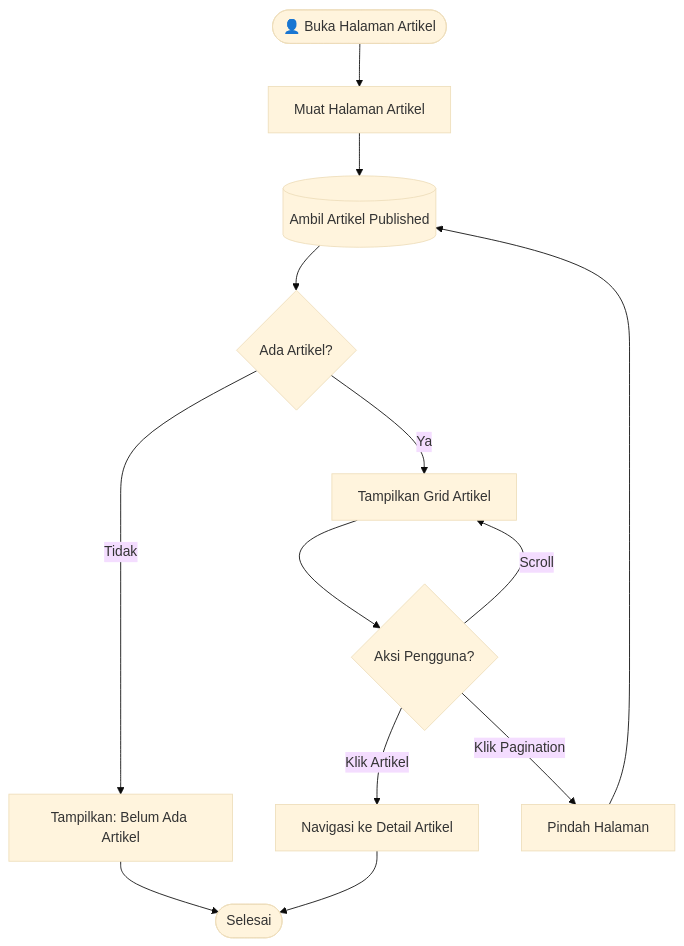
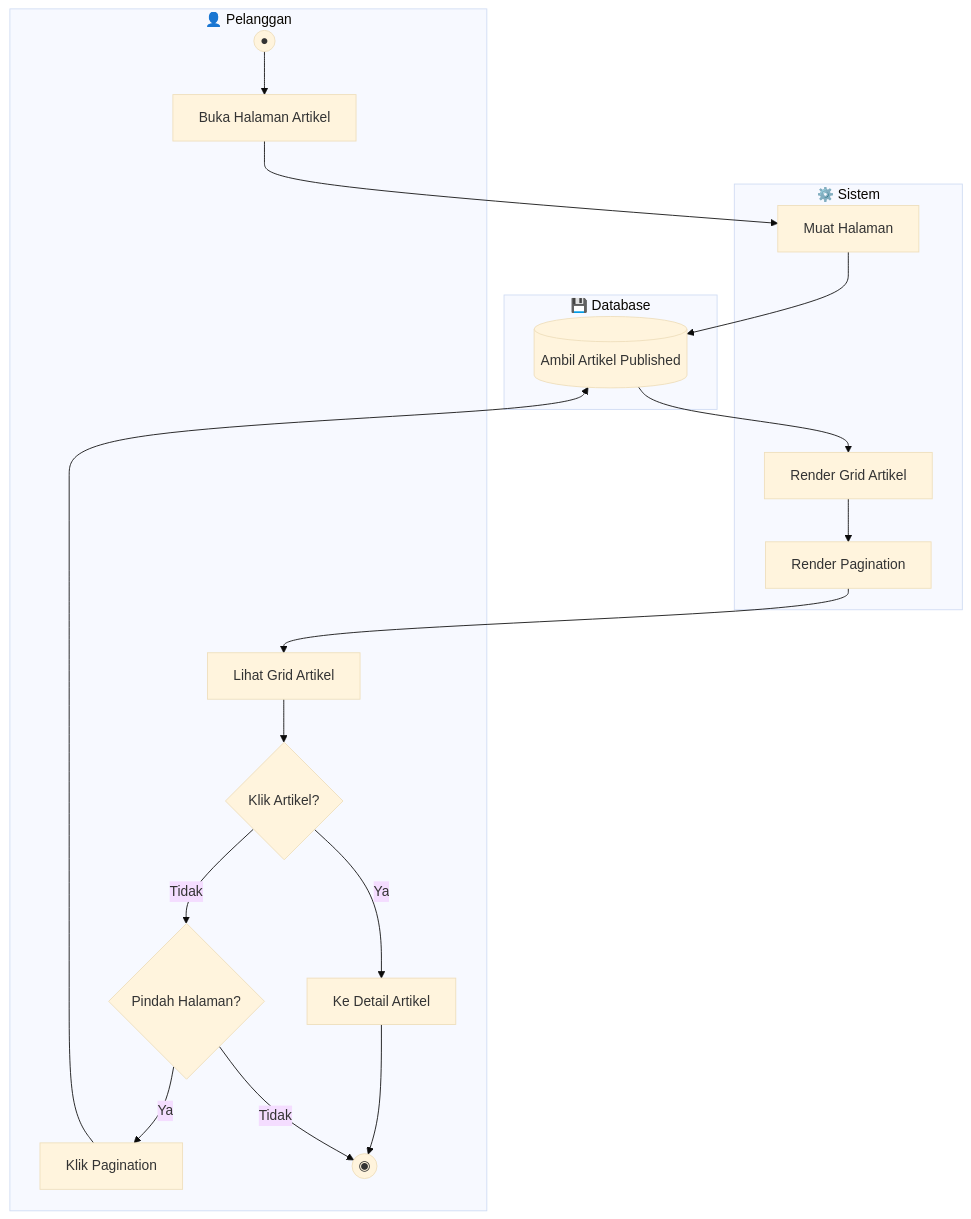
Before and after one commit to mustarisyahding07-spec/WEBSITE_SKRIPSI_MUSTARI: the seventh of 17 diagrams in docs/ACTIVITY_DIAGRAMS.md, drawn with Mermaid (base theme). The commit also changed other lines of this file, not shown here.

Commit message:
docs: update activity diagrams with swimlane format

````diff
--- a/docs/ACTIVITY_DIAGRAMS.md
+++ b/docs/ACTIVITY_DIAGRAMS.md
@@ -305,20 +401,37 @@
 ```mermaid
 flowchart TD
-    Start([👤 Buka Halaman Artikel]) --> LoadPage[Muat Halaman Artikel]
-    LoadPage --> FetchArticles[(Ambil Artikel Published)]
-    FetchArticles --> HasArticles{Ada Artikel?}
+    subgraph Pelanggan["👤 Pelanggan"]
+        P1((●))
+        P2[Buka Halaman Artikel]
+        P3[Lihat Grid Artikel]
+        P4{Klik Artikel?}
+        P5[Ke Detail Artikel]
+        P6{Pindah Halaman?}
+        P7[Klik Pagination]
+        P8((◉))
+    end
     
-    HasArticles -->|Tidak| ShowEmpty[Tampilkan: Belum Ada Artikel]
-    ShowEmpty --> End([Selesai])
+    subgraph Sistem["⚙️ Sistem"]
+        S1[Muat Halaman]
+        S2[Render Grid Artikel]
+        S3[Render Pagination]
+    end
     
-    HasArticles -->|Ya| DisplayGrid[Tampilkan Grid Artikel]
-    DisplayGrid --> UserAction{Aksi Pengguna?}
+    subgraph Database["💾 Database"]
+        D1[(Ambil Artikel Published)]
+    end
     
-    UserAction -->|Klik Artikel| GoToDetail[Navigasi ke Detail Artikel]
-    GoToDetail --> End
-    
-    UserAction -->|Klik Pagination| ChangePage[Pindah Halaman]
-    ChangePage --> FetchArticles
-    
-    UserAction -->|Scroll| DisplayGrid
+    P1 --> P2
+    P2 --> S1
+    S1 --> D1
+    D1 --> S2
+    S2 --> S3
+    S3 --> P3
+    P3 --> P4
+    P4 -->|Ya| P5
+    P5 --> P8
+    P4 -->|Tidak| P6
+    P6 -->|Ya| P7
+    P7 --> D1
+    P6 -->|Tidak| P8
 ```
````
